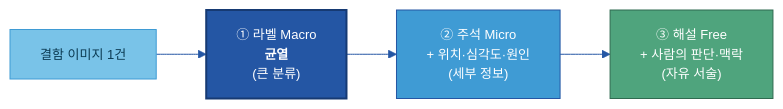
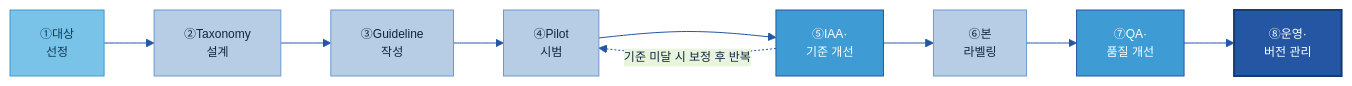
Before and after one commit to jin-kearney/ai-ready-data-manual: the second of 6 diagrams in 가이드 작성/B-2 데이터 해설·주석/B-2 데이터 해설·주석.md, drawn with Mermaid. The commit also changed other lines of this file and 1 other file, not shown here.

````diff
--- a/가이드 작성/B-2 데이터 해설·주석/B-2 데이터 해설·주석.md
+++ b/가이드 작성/B-2 데이터 해설·주석/B-2 데이터 해설·주석.md
@@ -204,12 +344,18 @@
 ```mermaid
-%%{init: {'theme':'base','themeVariables':{'primaryColor':'#DCE8F5','primaryBorderColor':'#2456A4','primaryTextColor':'#10243f','lineColor':'#2456A4','fontSize':'13px'}}}%%
+%%{init: {'theme':'base','themeVariables':{'primaryColor':'#DCE8F5','primaryBorderColor':'#2456A4','primaryTextColor':'#10243f','lineColor':'#2456A4','fontSize':'12px'}}}%%
 flowchart LR
-    D["결함 이미지 1건"]:::src
-    D --> L1["① 라벨 Macro<br/><b>균열</b><br/>(큰 분류)"]:::cat
-    L1 --> L2["② 주석 Micro<br/>+ 위치·심각도·원인<br/>(세부 정보)"]:::gate
-    L2 --> L3["③ 해설 Free<br/>+ 사람의 판단·맥락<br/>(자유 서술)"]:::loop
+    A1["①대상<br/>선정"]:::src
+    A2["②Taxonomy<br/>설계"]:::n
+    A3["③Guideline<br/>작성"]:::n
+    A4["④Pilot<br/>시범"]:::n
+    A5["⑤IAA·<br/>기준 개선"]:::gate
+    A6["⑥본<br/>라벨링"]:::n
+    A7["⑦QA·<br/>품질 개선"]:::gate
+    A8["⑧운영·<br/>버전 관리"]:::cat
+    A1 --> A2 --> A3 --> A4 --> A5 --> A6 --> A7 --> A8
+    A5 -.기준 미달 시 보정 후 반복.-> A4
+    classDef n fill:#B7CDE6,stroke:#6B9AD1,color:#10243f;
     classDef src fill:#79C3E8,stroke:#3F9BD4,color:#0b3a52;
     classDef cat fill:#2456A4,color:#fff,stroke:#163a73,stroke-width:2px;
     classDef gate fill:#3F9BD4,stroke:#2456A4,color:#fff;
-    classDef loop fill:#4FA47D,stroke:#2f6b50,color:#fff;
 ```
````
